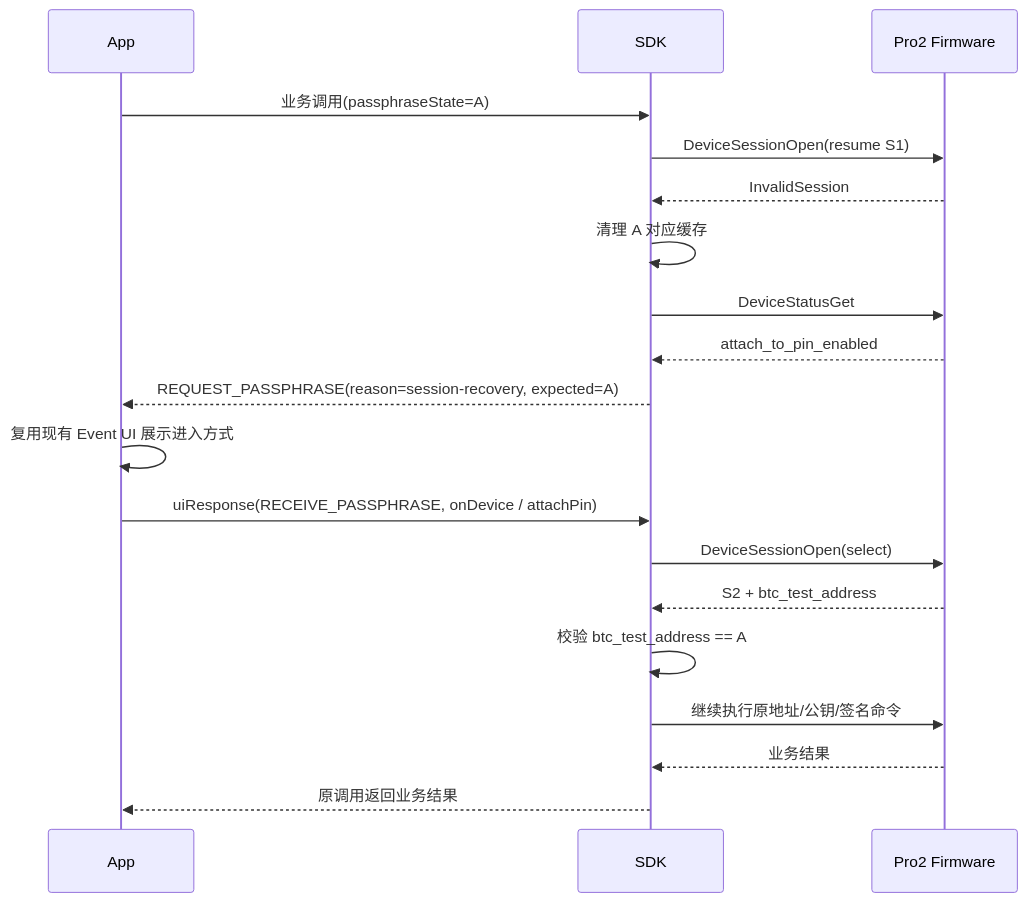
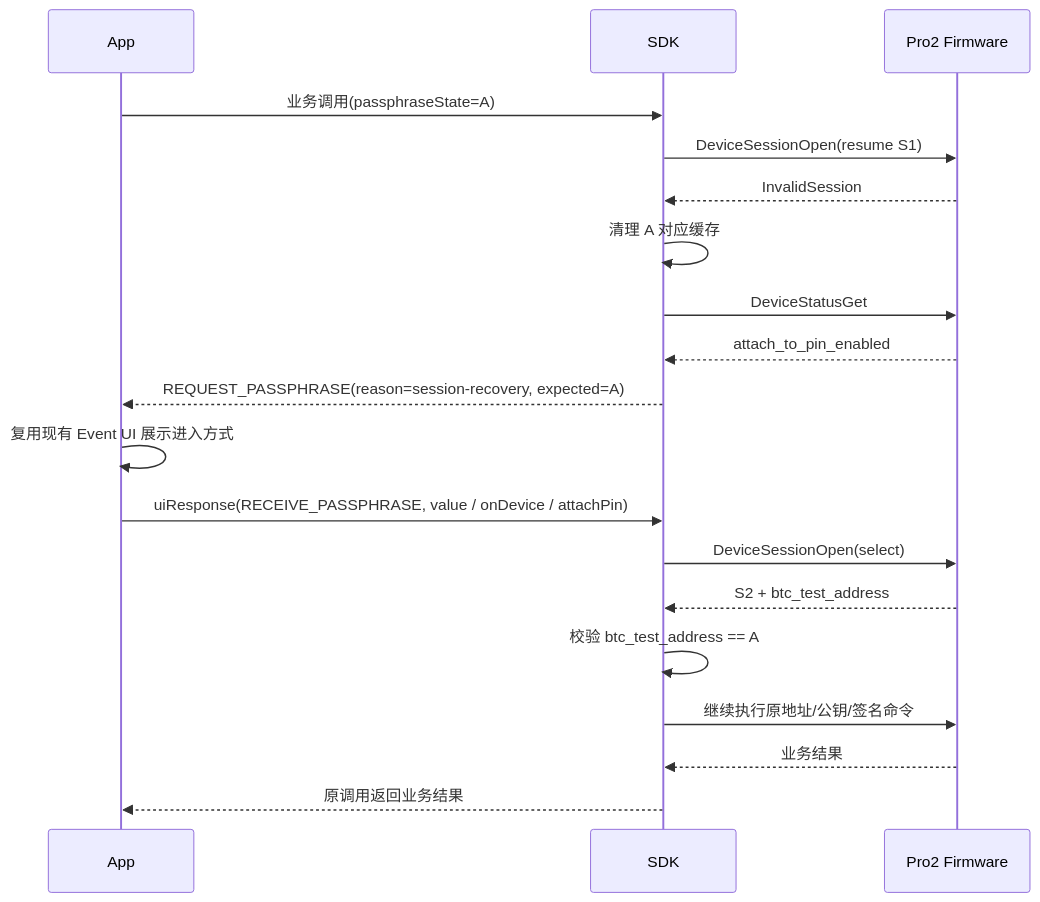
Before and after one commit to OneKeyHQ/hardware-js-sdk: the fourth of 4 diagrams in docs/superpowers/specs/2026-07-16-pro2-eventless-wallet-session-design.md, drawn with Mermaid. The commit also changed other lines of this file and 29 other files, not shown here.

Commit message:
feat(pro2): add explicit wallet session open flow

````diff
--- a/docs/superpowers/specs/2026-07-16-pro2-eventless-wallet-session-design.md
+++ b/docs/superpowers/specs/2026-07-16-pro2-eventless-wallet-session-design.md
@@ -151,22 +186,22 @@
 ```mermaid
 sequenceDiagram
     participant App
     participant SDK
     participant Device as Pro2 Firmware
 
     App->>SDK: 业务调用(passphraseState=A)
     SDK->>Device: DeviceSessionOpen(resume S1)
     Device-->>SDK: InvalidSession
     SDK->>SDK: 清理 A 对应缓存
     SDK->>Device: DeviceStatusGet
     Device-->>SDK: attach_to_pin_enabled
     SDK-->>App: REQUEST_PASSPHRASE(reason=session-recovery, expected=A)
     App->>App: 复用现有 Event UI 展示进入方式
-    App->>SDK: uiResponse(RECEIVE_PASSPHRASE, onDevice / attachPin)
+    App->>SDK: uiResponse(RECEIVE_PASSPHRASE, value / onDevice / attachPin)
     SDK->>Device: DeviceSessionOpen(select)
     Device-->>SDK: S2 + btc_test_address
     SDK->>SDK: 校验 btc_test_address == A
     SDK->>Device: 继续执行原地址/公钥/签名命令
     Device-->>SDK: 业务结果
     SDK-->>App: 原调用返回业务结果
 ```
````
